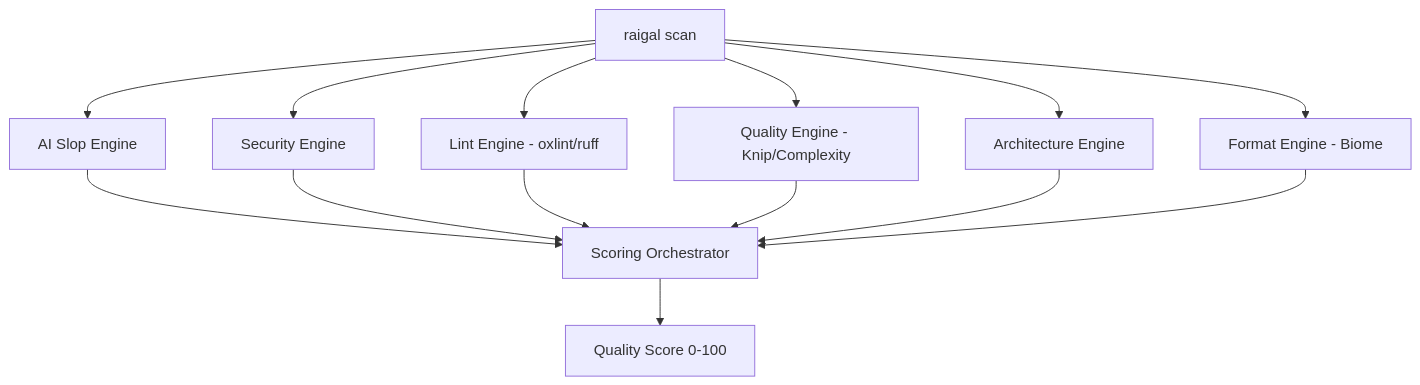
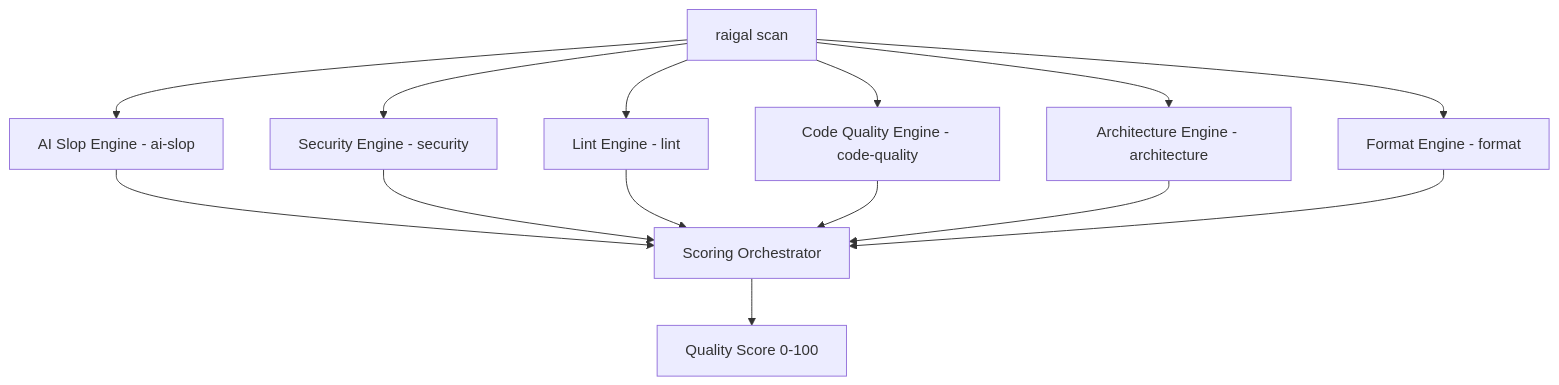
The diagram in english/documentation/core-concepts/rules.md (meethiu/raigal-docs), drawn with Mermaid before and after one commit. The commit also changed other lines of this file and 13 other files, not shown here.

Commit message:
docs: align scoring engine, config schema, and dashboard with implementation (en/es)

````diff
--- a/english/documentation/core-concepts/rules.md
+++ b/english/documentation/core-concepts/rules.md
@@ -10,16 +10,16 @@
 ```mermaid
 graph TD
-    A[raigal scan] --> B[AI Slop Engine]
-    A --> C[Security Engine]
-    A --> D[Lint Engine - oxlint/ruff]
-    A --> E[Quality Engine - Knip/Complexity]
-    A --> F[Architecture Engine]
-    A --> G[Format Engine - Biome]
+    A[raigal scan] --> B[AI Slop Engine - ai-slop]
+    A --> C[Security Engine - security]
+    A --> D[Lint Engine - lint]
+    A --> E[Code Quality Engine - code-quality]
+    A --> F[Architecture Engine - architecture]
+    A --> G[Format Engine - format]
     B --> H[Scoring Orchestrator]
     C --> H
     D --> H
     E --> H
     F --> H
     G --> H
     H --> I[Quality Score 0-100]
 ```
````
